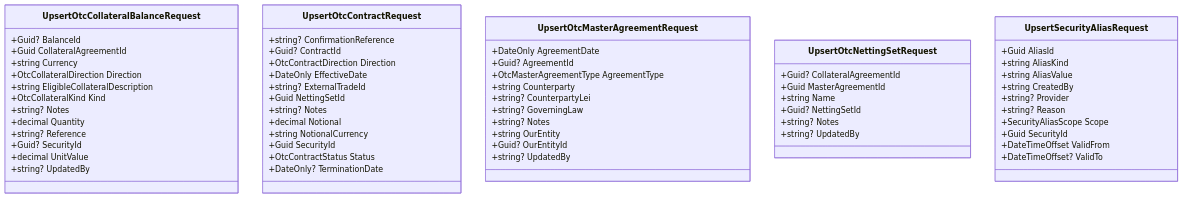
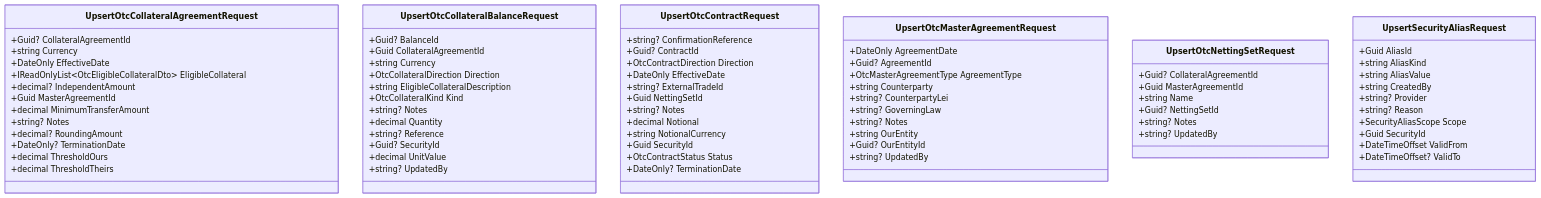
One commit to rodoHasArrived/Meridian-main changed the diagram in docs/generated/database/contracts/security-master-contracts-page-07.md. Above: the diagram before and after it, drawn with Mermaid. The commit also changed other lines of this file and 69 other files, not shown here.

````diff
--- a/docs/generated/database/contracts/security-master-contracts-page-07.md
+++ b/docs/generated/database/contracts/security-master-contracts-page-07.md
@@ -7,64 +7,78 @@
 ```mermaid
 classDiagram
     %% security-master-contracts: module mapping, not DTO/table equivalence
+    class Meridian_Contracts_SecurityMaster_UpsertOtcCollateralAgreementRequest["UpsertOtcCollateralAgreementRequest"] {
+        +Guid? CollateralAgreementId
+        +string Currency
+        +DateOnly EffectiveDate
+        +IReadOnlyList~OtcEligibleCollateralDto~ EligibleCollateral
+        +decimal? IndependentAmount
+        +Guid MasterAgreementId
+        +decimal MinimumTransferAmount
+        +string? Notes
+        +decimal? RoundingAmount
+        +DateOnly? TerminationDate
+        +decimal ThresholdOurs
+        +decimal ThresholdTheirs
+    }
     class Meridian_Contracts_SecurityMaster_UpsertOtcCollateralBalanceRequest["UpsertOtcCollateralBalanceRequest"] {
         +Guid? BalanceId
         +Guid CollateralAgreementId
         +string Currency
         +OtcCollateralDirection Direction
         +string EligibleCollateralDescription
         +OtcCollateralKind Kind
         +string? Notes
         +decimal Quantity
         +string? Reference
         +Guid? SecurityId
         +decimal UnitValue
         +string? UpdatedBy
     }
     class Meridian_Contracts_SecurityMaster_UpsertOtcContractRequest["UpsertOtcContractRequest"] {
         +string? ConfirmationReference
         +Guid? ContractId
         +OtcContractDirection Direction
         +DateOnly EffectiveDate
         +string? ExternalTradeId
         +Guid NettingSetId
         +string? Notes
         +decimal Notional
         +string NotionalCurrency
         +Guid SecurityId
         +OtcContractStatus Status
         +DateOnly? TerminationDate
     }
     class Meridian_Contracts_SecurityMaster_UpsertOtcMasterAgreementRequest["UpsertOtcMasterAgreementRequest"] {
         +DateOnly AgreementDate
         +Guid? AgreementId
         +OtcMasterAgreementType AgreementType
         +string Counterparty
         +string? CounterpartyLei
         +string? GoverningLaw
         +string? Notes
         +string OurEntity
         +Guid? OurEntityId
         +string? UpdatedBy
     }
     class Meridian_Contracts_SecurityMaster_UpsertOtcNettingSetRequest["UpsertOtcNettingSetRequest"] {
         +Guid? CollateralAgreementId
         +Guid MasterAgreementId
         +string Name
         +Guid? NettingSetId
         +string? Notes
         +string? UpdatedBy
     }
     class Meridian_Contracts_SecurityMaster_UpsertSecurityAliasRequest["UpsertSecurityAliasRequest"] {
         +Guid AliasId
         +string AliasKind
         +string AliasValue
         +string CreatedBy
         +string? Provider
         +string? Reason
         +SecurityAliasScope Scope
         +Guid SecurityId
         +DateTimeOffset ValidFrom
         +DateTimeOffset? ValidTo
     }
 ```
````
